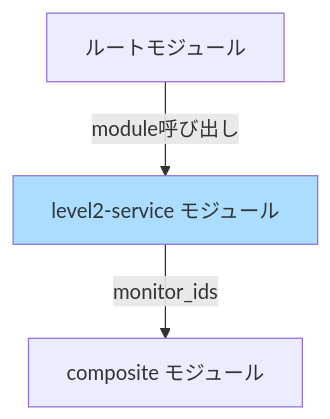
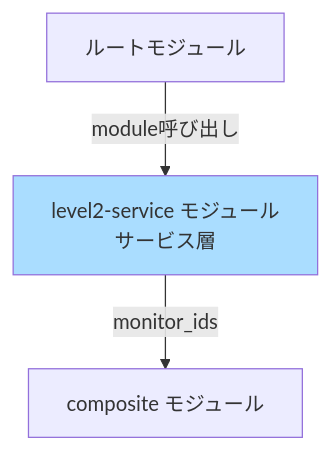
One commit to k-tanaka-522/datadog-for-AWS-terraform changed the diagram in docs/04_インフラ設計/02_詳細設計/datadog/level2-service/01_モジュール詳細設計.md. Above: the diagram before and after it, drawn with Mermaid. The commit also changed other lines of this file and 43 other files, not shown here.

````diff
--- a/docs/04_インフラ設計/02_詳細設計/datadog/level2-service/01_モジュール詳細設計.md
+++ b/docs/04_インフラ設計/02_詳細設計/datadog/level2-service/01_モジュール詳細設計.md
@@ -383,11 +304,11 @@
 ```mermaid
 graph TD
     Root[ルートモジュール]
-    L2[level2-service モジュール]
+    L2[level2-service モジュール<br/>サービス層]
     Comp[composite モジュール]
 
     Root -->|module呼び出し| L2
     L2 -->|monitor_ids| Comp
 
     style L2 fill:#aaddff
 ```
````
